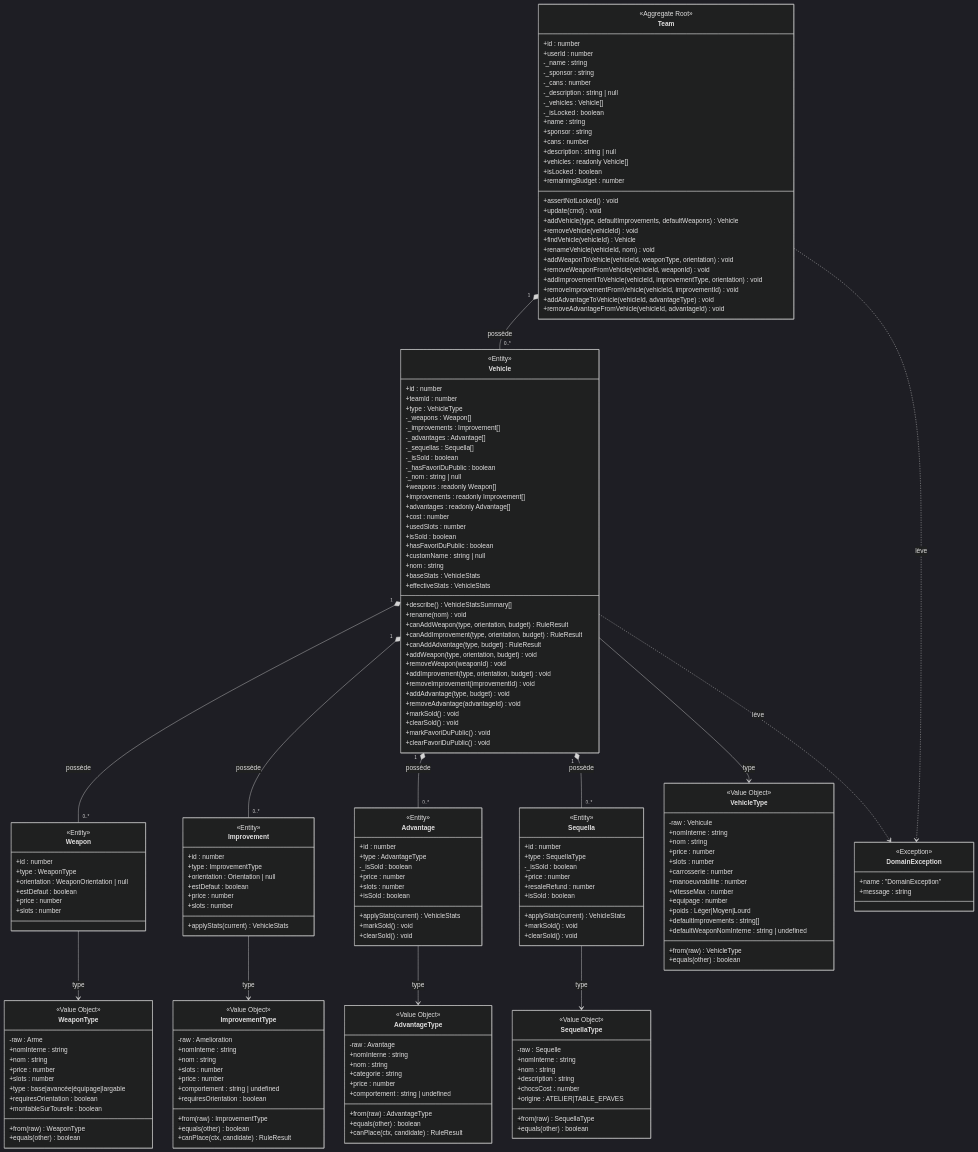
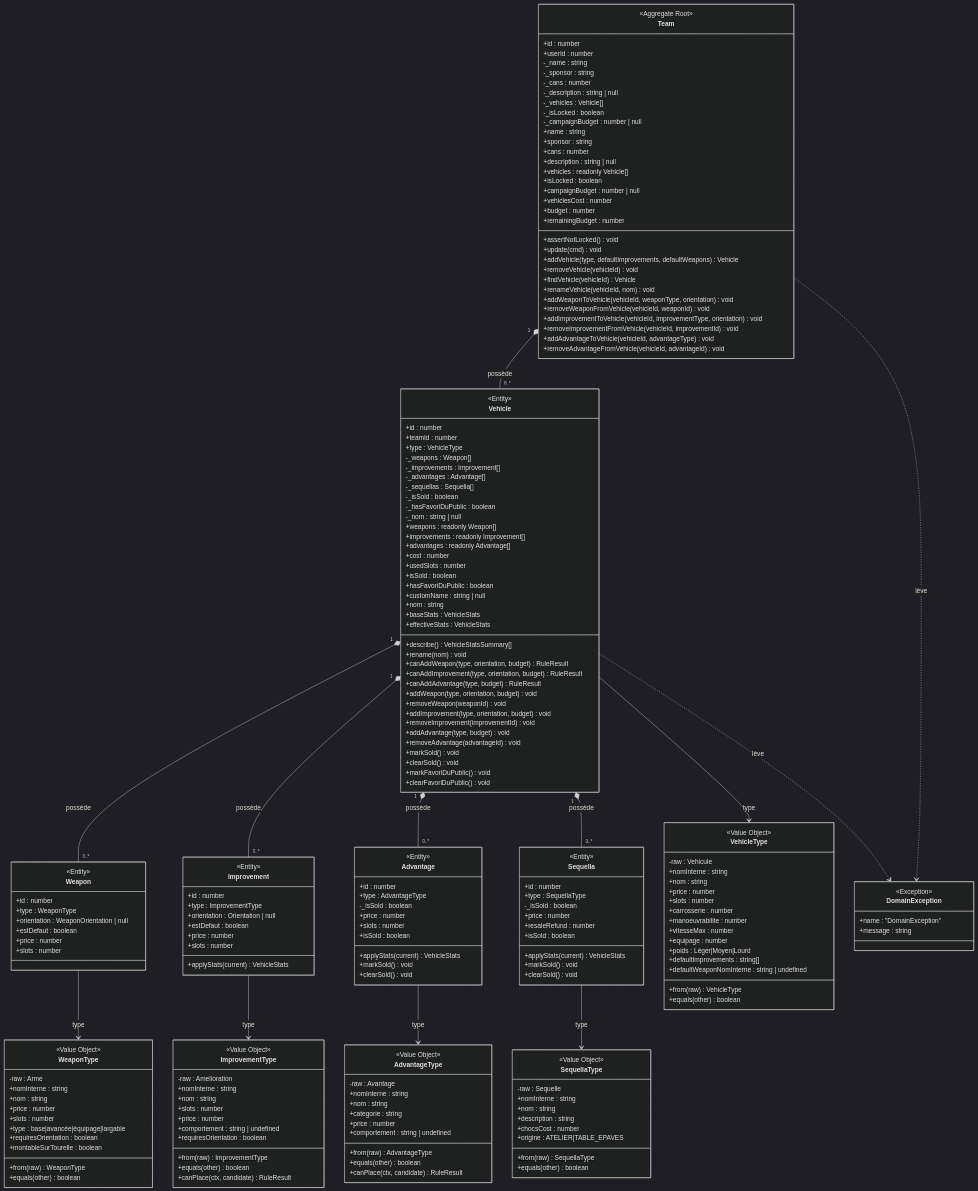
The first of 5 diagrams in docs/DOMAIN_MODEL.md (arnaudbracchetti/gaslands-manager), drawn with Mermaid (dark theme) before and after one commit. The commit also changed other lines of this file and 70 other files, not shown here.

```diff
--- a/docs/DOMAIN_MODEL.md
+++ b/docs/DOMAIN_MODEL.md
@@ -30,12 +30,16 @@
         -_description : string | null
         -_vehicles : Vehicle[]
         -_isLocked : boolean
+        -_campaignBudget : number | null
         +name : string
         +sponsor : string
         +cans : number
         +description : string | null
         +vehicles : readonly Vehicle[]
         +isLocked : boolean
+        +campaignBudget : number | null
+        +vehiclesCost : number
+        +budget : number
         +remainingBudget : number
         +assertNotLocked() void
         +update(cmd) void
```
